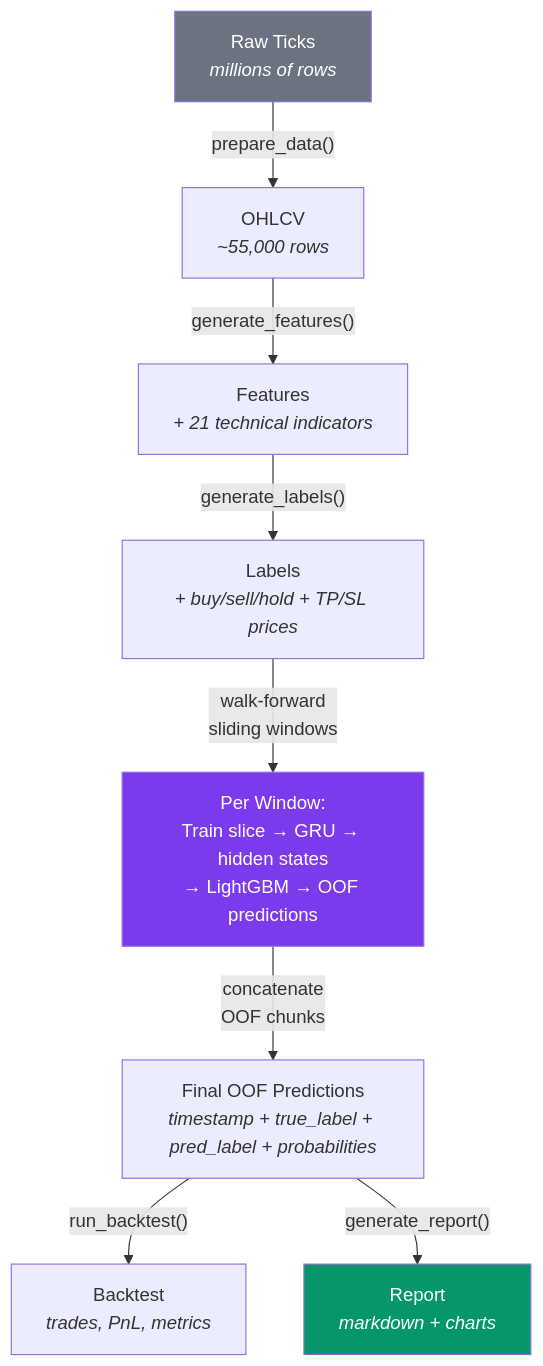
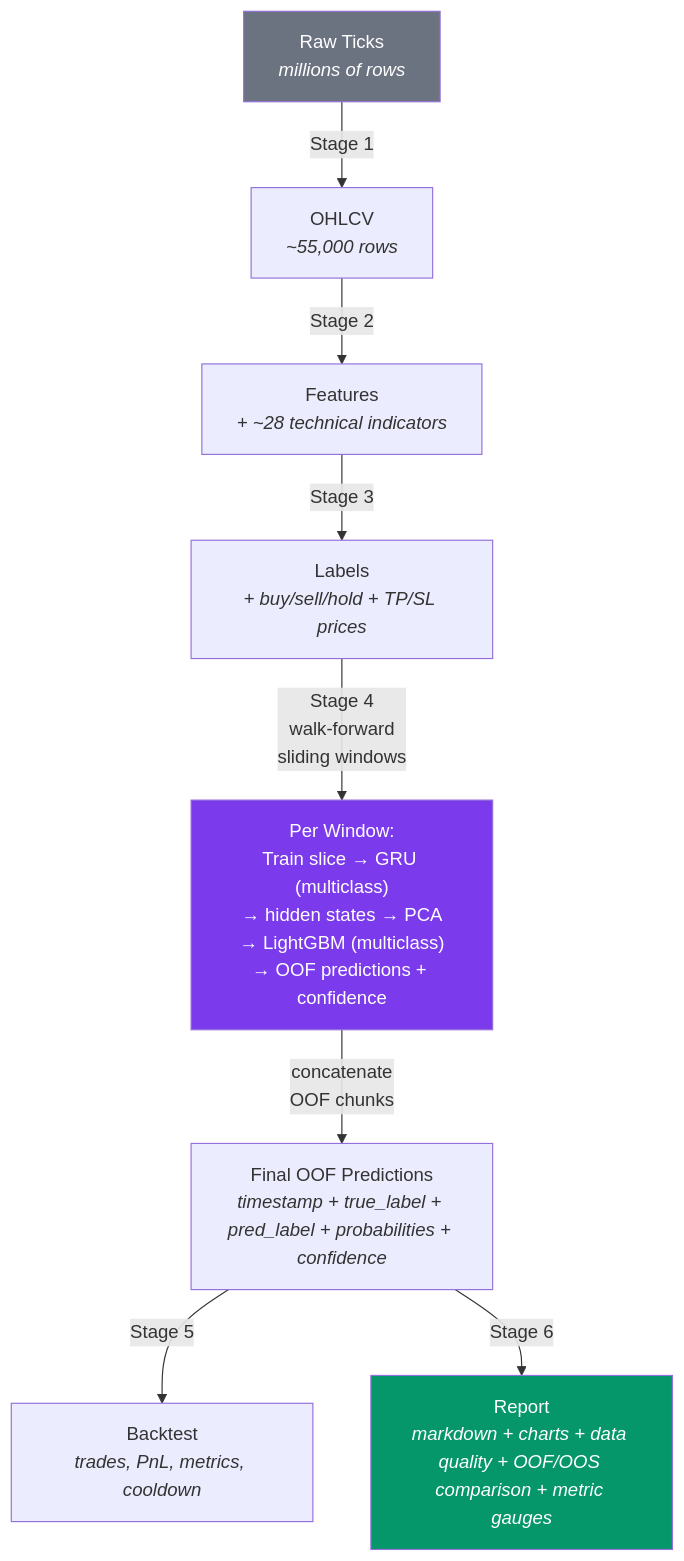
One commit to ultimateBroK/thesis-hybrid-stacking changed the sixth of 8 diagrams in docs/ARCHITECTURE.md. Above: the diagram before and after it, drawn with Mermaid. The commit also changed other lines of this file and 39 other files, not shown here.

First line of the commit message:
feat: update data range to 2018-2024 and enhance model architecture

````diff
--- a/docs/ARCHITECTURE.md
+++ b/docs/ARCHITECTURE.md
@@ -308,14 +346,14 @@
 ```mermaid
 flowchart TD
-    T0["Raw Ticks<br/><i>millions of rows</i>"] -->|"prepare_data()"| T1["OHLCV<br/><i>~55,000 rows</i>"]
-    T1 -->|"generate_features()"| T2["Features<br/><i>+ 21 technical indicators</i>"]
-    T2 -->|"generate_labels()"| T3["Labels<br/><i>+ buy/sell/hold + TP/SL prices</i>"]
-    T3 -->|"walk-forward<br/>sliding windows"| T4["Per Window:<br/>Train slice → GRU → hidden states<br/>→ LightGBM → OOF predictions"]
-    T4 -->|"concatenate<br/>OOF chunks"| T5["Final OOF Predictions<br/><i>timestamp + true_label + pred_label + probabilities</i>"]
-    T5 -->|"run_backtest()"| T6["Backtest<br/><i>trades, PnL, metrics</i>"]
-    T5 -->|"generate_report()"| T7["Report<br/><i>markdown + charts</i>"]
+    T0["Raw Ticks<br/><i>millions of rows</i>"] -->|"Stage 1"| T1["OHLCV<br/><i>~55,000 rows</i>"]
+    T1 -->|"Stage 2"| T2["Features<br/><i>+ ~28 technical indicators</i>"]
+    T2 -->|"Stage 3"| T3["Labels<br/><i>+ buy/sell/hold + TP/SL prices</i>"]
+    T3 -->|"Stage 4<br/>walk-forward<br/>sliding windows"| T4["Per Window:<br/>Train slice → GRU (multiclass)<br/>→ hidden states → PCA<br/>→ LightGBM (multiclass)<br/>→ OOF predictions + confidence"]
+    T4 -->|"concatenate<br/>OOF chunks"| T5["Final OOF Predictions<br/><i>timestamp + true_label + pred_label + probabilities + confidence</i>"]
+    T5 -->|"Stage 5"| T6["Backtest<br/><i>trades, PnL, metrics, cooldown</i>"]
+    T5 -->|"Stage 6"| T7["Report<br/><i>markdown + charts + data quality + OOF/OOS comparison + metric gauges</i>"]
 
     style T0 fill:#6B7280,color:#fff
     style T4 fill:#7C3AED,color:#fff
     style T7 fill:#059669,color:#fff
 ```
````
